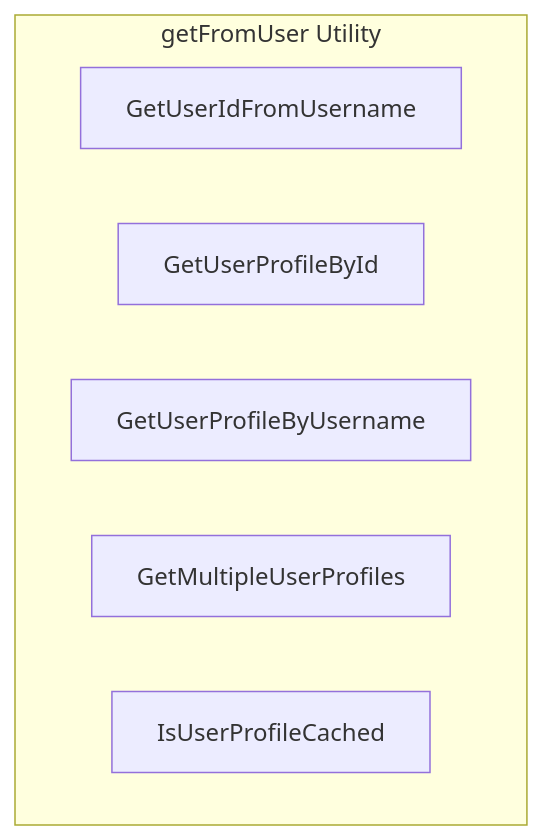
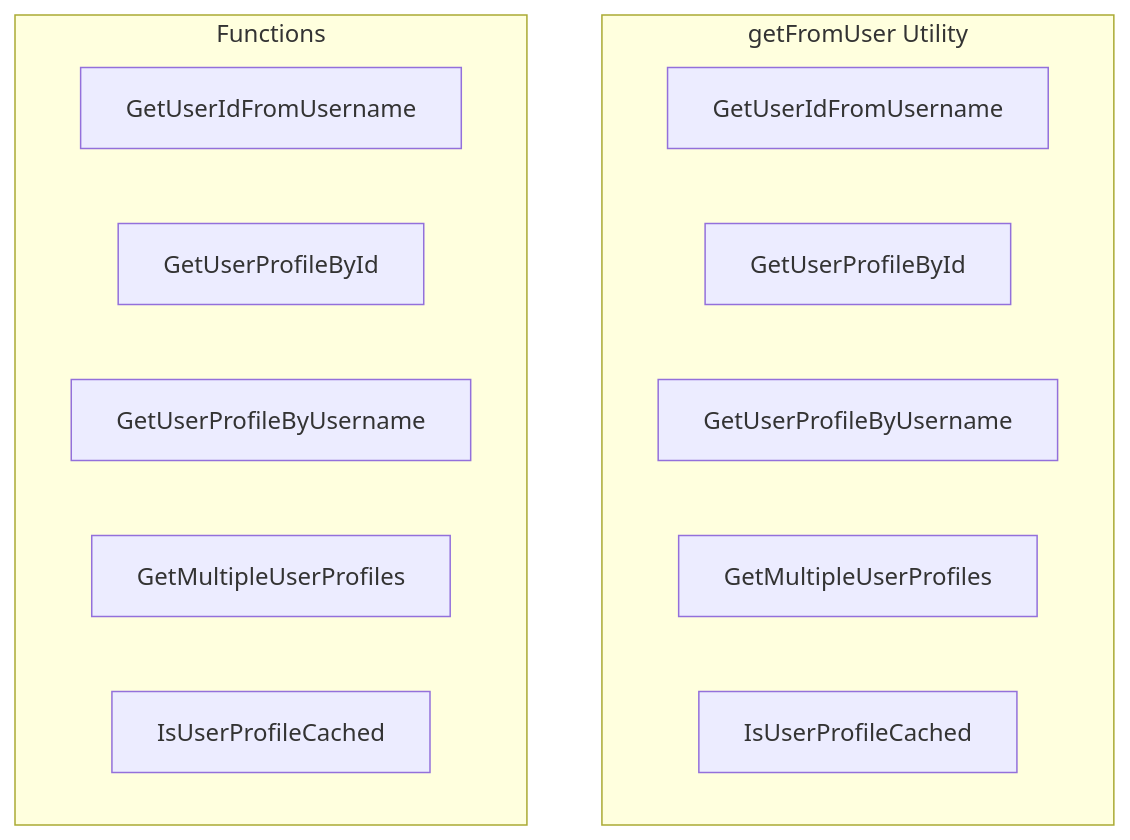
One commit to y4my4my4m/harmony changed the diagram in docs/api/utils/getfromuser.md. Above: the diagram before and after it, drawn with Mermaid. The commit also changed other lines of this file and 350 other files, not shown here.

````diff
--- a/docs/api/utils/getfromuser.md
+++ b/docs/api/utils/getfromuser.md
@@ -7,14 +7,18 @@
 ```mermaid
 graph TB
     subgraph "getFromUser Utility"
         GETUSERIDFROMUSERNAME[GetUserIdFromUsername]
         GETUSERPROFILEBYID[GetUserProfileById]
         GETUSERPROFILEBYUSERNAME[GetUserProfileByUsername]
         GETMULTIPLEUSERPROFILES[GetMultipleUserProfiles]
         ISUSERPROFILECACHED[IsUserProfileCached]
     end
     
-    
-    
-    
+    subgraph "Functions"
+        FN_GETUSERIDFROMUSERNAME[GetUserIdFromUsername]
+        FN_GETUSERPROFILEBYID[GetUserProfileById]
+        FN_GETUSERPROFILEBYUSERNAME[GetUserProfileByUsername]
+        FN_GETMULTIPLEUSERPROFILES[GetMultipleUserProfiles]
+        FN_ISUSERPROFILECACHED[IsUserProfileCached]
+    end
 ```
````
